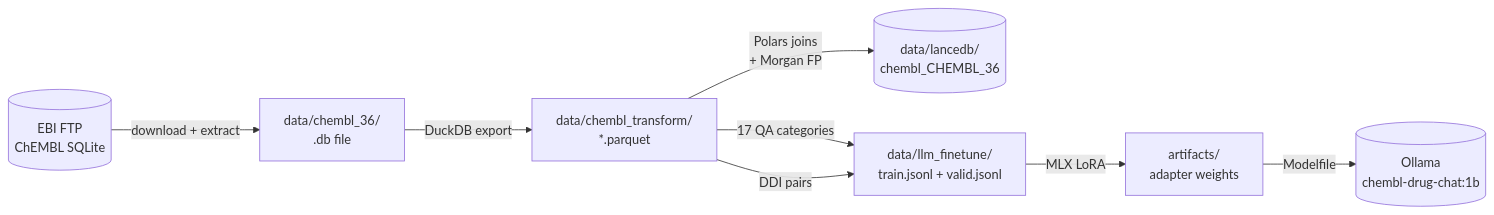
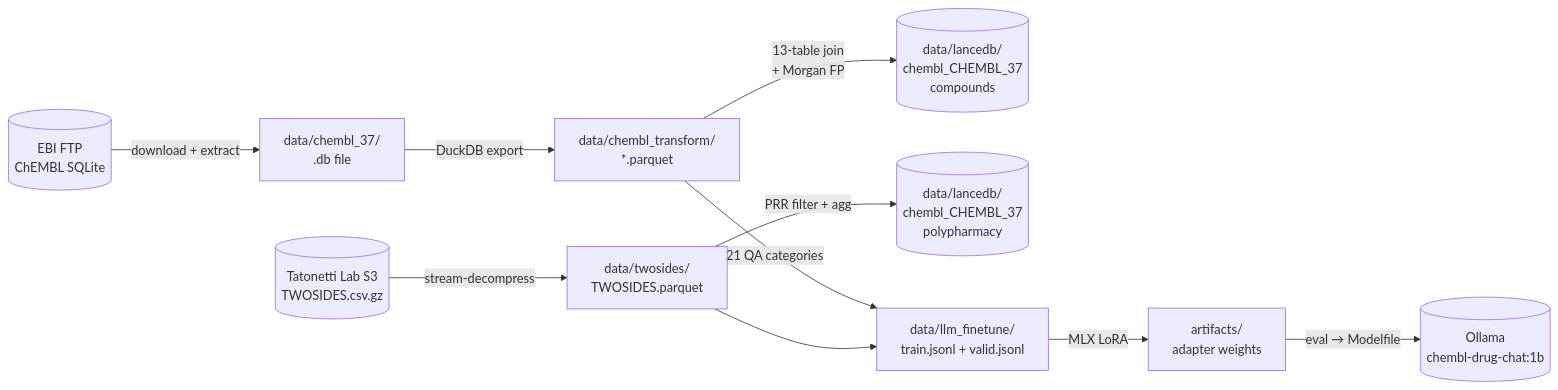
The fourth of 4 diagrams in app/orchestration/README.md (AymanSulaiman/chem_mlops), drawn with Mermaid before and after one commit. The commit also changed other lines of this file and 19 other files, not shown here.

````diff
--- a/app/orchestration/README.md
+++ b/app/orchestration/README.md
@@ -171,12 +213,16 @@
 ```mermaid
 flowchart LR
-    EBI[(EBI FTP\nChEMBL SQLite)] -->|download + extract| RAW[data/chembl_36/\n.db file]
+    EBI[(EBI FTP\nChEMBL SQLite)] -->|download + extract| RAW[data/chembl_37/\n.db file]
+    S3[(Tatonetti Lab S3\nTWOSIDES.csv.gz)] -->|stream-decompress| TW[data/twosides/\nTWOSIDES.parquet]
+
     RAW -->|DuckDB export| PQ[data/chembl_transform/\n*.parquet]
 
-    PQ -->|Polars joins\n+ Morgan FP| LDB[(data/lancedb/\nchembl_CHEMBL_36)]
-    PQ -->|17 QA categories| FT[data/llm_finetune/\ntrain.jsonl + valid.jsonl]
-    PQ -->|DDI pairs| FT
+    PQ -->|13-table join\n+ Morgan FP| LDB[(data/lancedb/\nchembl_CHEMBL_37\ncompounds)]
+    TW -->|PRR filter + agg| LDB2[(data/lancedb/\nchembl_CHEMBL_37\npolypharmacy)]
+
+    PQ -->|21 QA categories| FT[data/llm_finetune/\ntrain.jsonl + valid.jsonl]
+    TW --> FT
 
     FT -->|MLX LoRA| ART[artifacts/\nadapter weights]
-    ART -->|Modelfile| OLL[(Ollama\nchembl-drug-chat:1b)]
+    ART -->|eval → Modelfile| OLL[(Ollama\nchembl-drug-chat:1b)]
 ```
````
